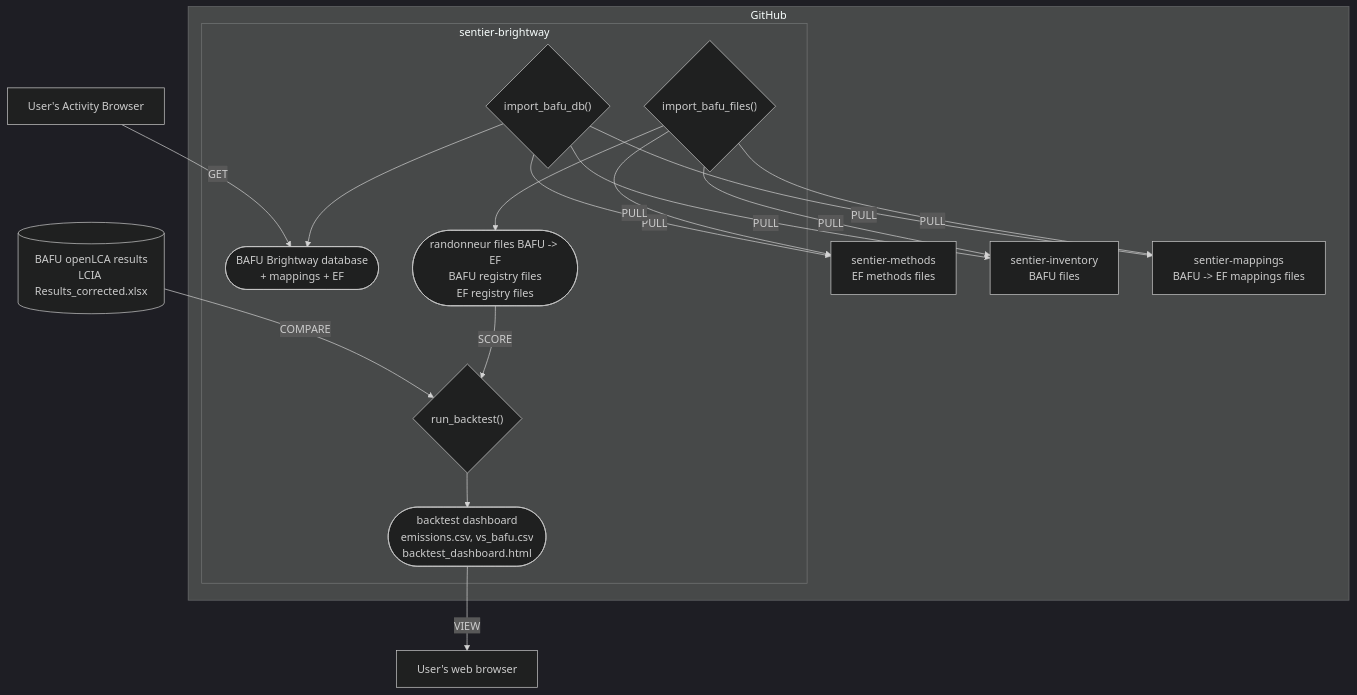
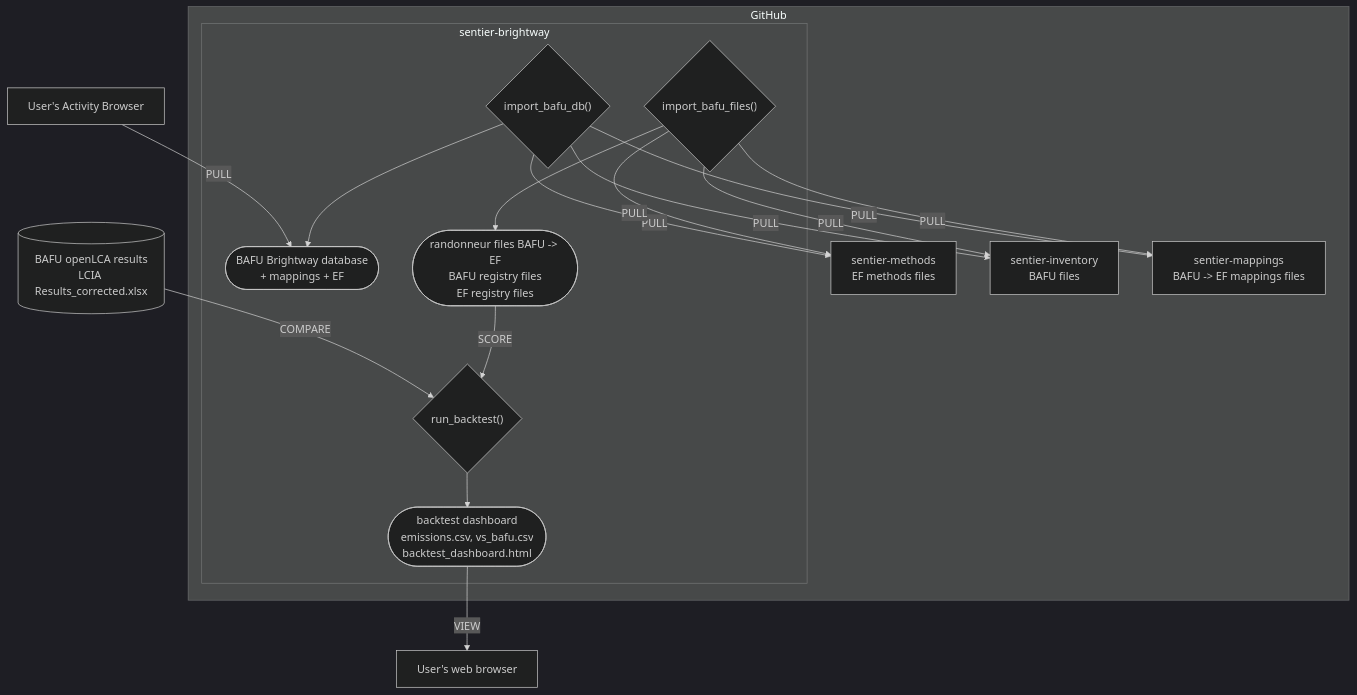
The diagram in README.md (sentier-dev/sentier-brightway), drawn with Mermaid (dark theme) before and after one commit. The commit also changed other lines of this file, not shown here.

Commit message:
docs: rewrite README as a short user-facing page

````diff
--- a/README.md
+++ b/README.md
@@ -3,25 +3,25 @@
 ```mermaid
 flowchart TB
-    AB["User's Activity Browser"] -- GET --> DB
+    AB["User's Activity Browser"] -- PULL --> DB
     XLSX[("BAFU openLCA results<br/>LCIA Results_corrected.xlsx")] -- COMPARE --> BT
     DASH(["backtest dashboard<br/>emissions.csv, vs_bafu.csv<br/>backtest_dashboard.html"]) -- VIEW --> BROWSER["User's web browser"]
 
     subgraph GH["GitHub"]
         subgraph SB["sentier-brightway"]
             IDB{"import_bafu_db()"} --> DB(["BAFU Brightway database<br/>+ mappings + EF"])
             IFILES{"import_bafu_files()"} --> FILES(["randonneur files BAFU -> EF<br/>BAFU registry files<br/>EF registry files"])
             FILES -- SCORE --> BT{"run_backtest()"}
             BT --> DASH
         end
         METHODS["sentier-methods<br/>EF methods files"]
         INVENTORY["sentier-inventory<br/>BAFU files"]
         MAPPINGS["sentier-mappings<br/>BAFU -> EF mappings files"]
     end
 
     IDB -- PULL --> METHODS
     IDB -- PULL --> INVENTORY
     IDB -- PULL --> MAPPINGS
     IFILES -- PULL --> METHODS
     IFILES -- PULL --> INVENTORY
     IFILES -- PULL --> MAPPINGS
 ```
````
